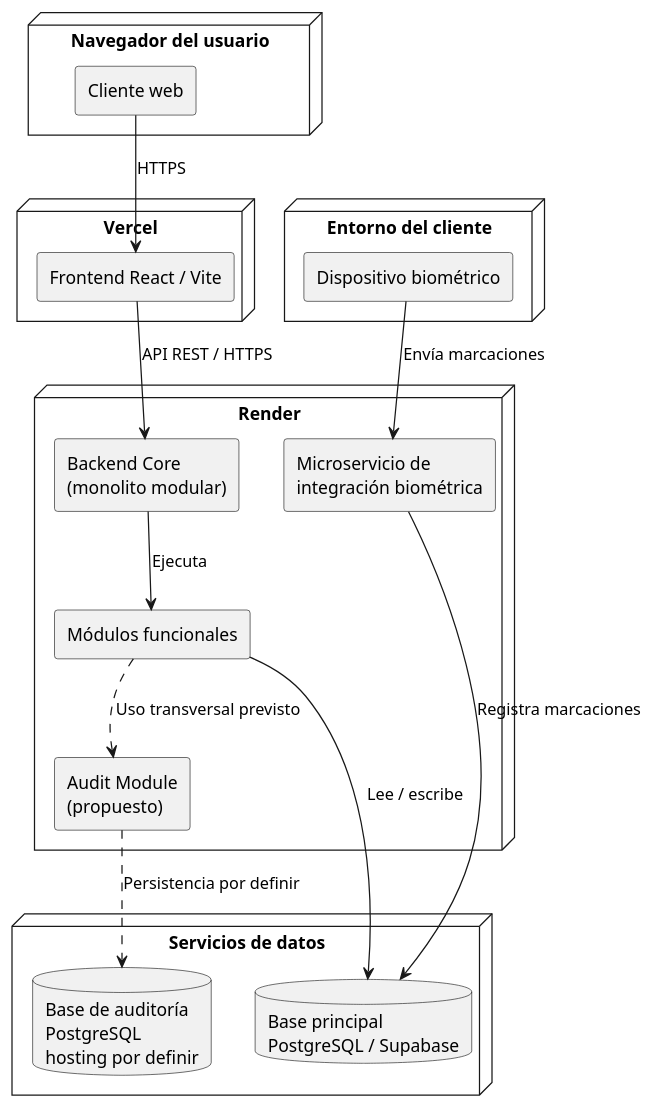
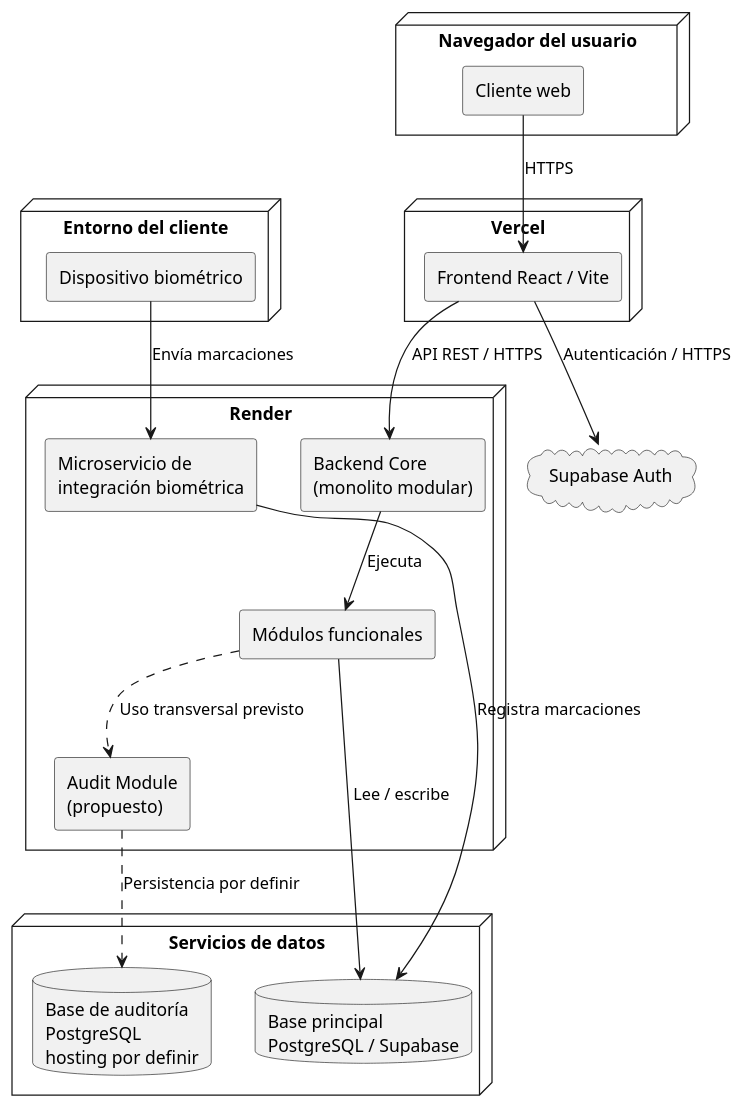
The diagram in docs/diagrams/source/deployment.puml (sisgal-platform/sisgal-docs), drawn with PlantUML before and after one commit.

Commit message:
docs: include Supabase Auth in deployment view

```diff
--- a/docs/diagrams/source/deployment.puml
+++ b/docs/diagrams/source/deployment.puml
@@ -1,38 +1,41 @@
 @startuml SISGAL_Deployment
 skinparam componentStyle rectangle
 skinparam shadowing false
 
 node "Navegador del usuario" as browser {
     component "Cliente web" as client
 }
 
 node "Vercel" as vercel {
     component "Frontend React / Vite" as frontend
 }
 
 node "Render" as render {
     component "Backend Core\n(monolito modular)" as core
     component "Microservicio de\nintegración biométrica" as integration
     component "Módulos funcionales" as modules
     component "Audit Module\n(propuesto)" as audit
 }
 
 node "Servicios de datos" as data {
     database "Base principal\nPostgreSQL / Supabase" as primary_db
     database "Base de auditoría\nPostgreSQL\nhosting por definir" as audit_db
 }
 
+cloud "Supabase Auth" as supabase_auth
+
 node "Entorno del cliente" as device {
     component "Dispositivo biométrico" as biometric
 }
 
 client --> frontend : HTTPS
 frontend --> core : API REST / HTTPS
+frontend --> supabase_auth : Autenticación / HTTPS
 core --> modules : Ejecuta
 modules --> primary_db : Lee / escribe
 biometric --> integration : Envía marcaciones
 integration --> primary_db : Registra marcaciones
 modules ..> audit : Uso transversal previsto
 audit ..> audit_db : Persistencia por definir
 
 @enduml
```
